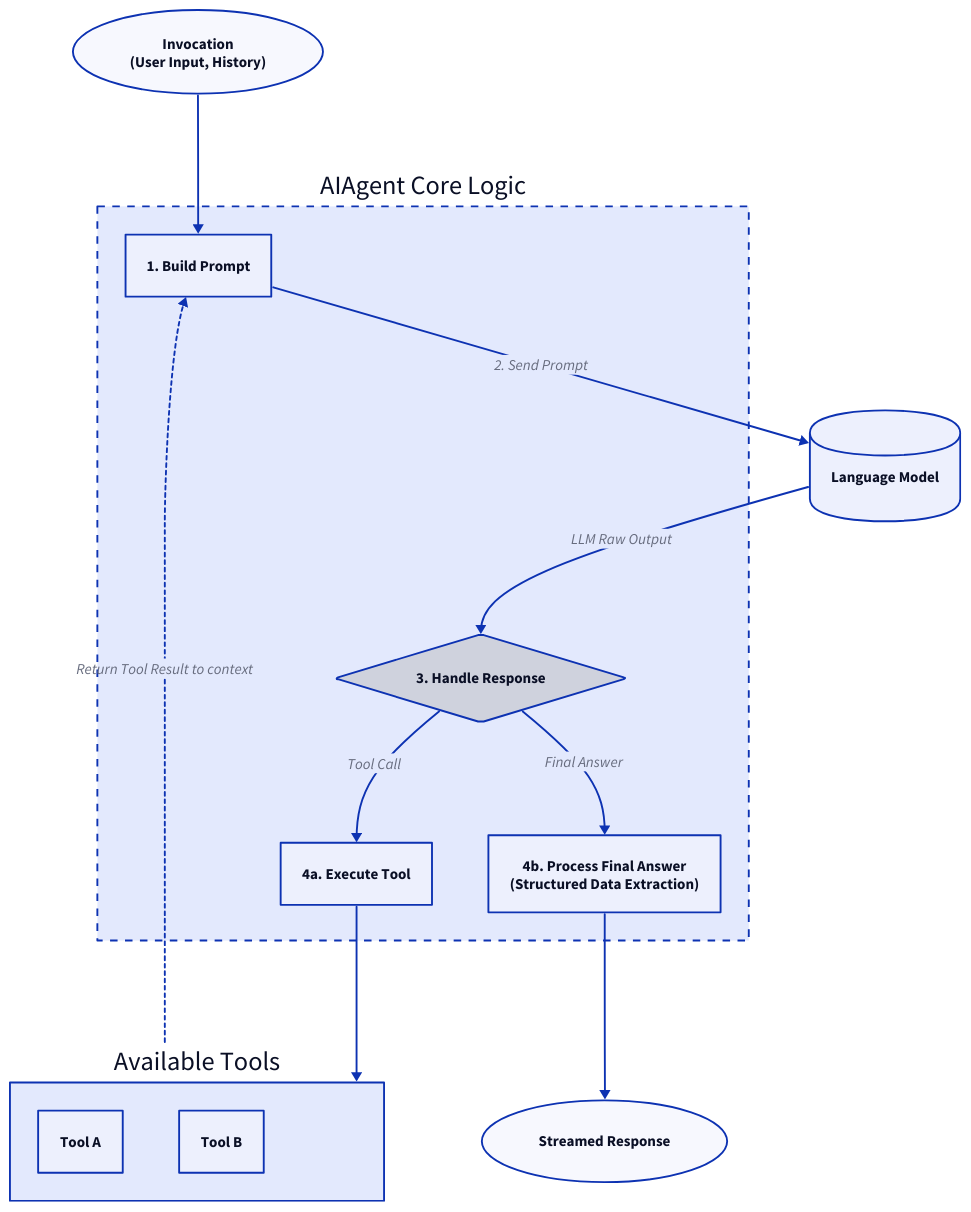
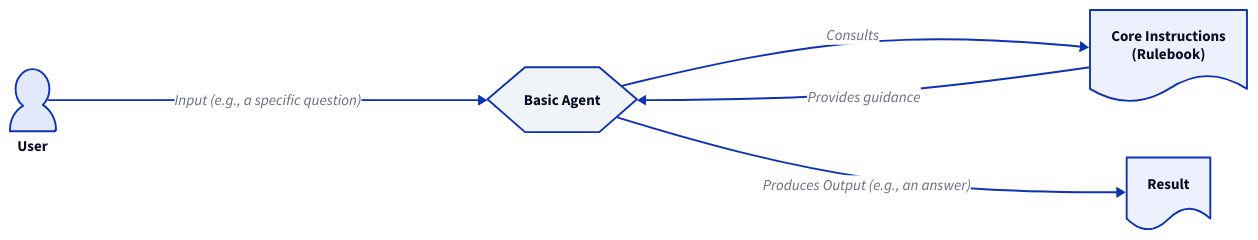
One commit to AIGNE-io/aigne-framework changed the diagram in .aigne/doc-smith/docs/user-guide-understanding-agents-basic-agents.md. Above: the diagram before and after it, drawn with D2. The commit also changed other lines of this file and 191 other files, not shown here.

````diff
--- a/.aigne/doc-smith/docs/user-guide-understanding-agents-basic-agents.md
+++ b/.aigne/doc-smith/docs/user-guide-understanding-agents-basic-agents.md
@@ -1,65 +30,29 @@
-```d2
-direction: down
+```d2 icon=material-symbols:robot-2-outline
+direction: right
 
-Invocation: {
-  label: "Invocation\n(User Input, History)"
-  shape: oval
+User: {
+  label: "User"
+  shape: person
 }
 
-AIAgent: {
-  label: "AIAgent Core Logic"
-  shape: rectangle
-  style: {
-    stroke-width: 2
-    stroke-dash: 4
-  }
-
-  PromptBuilder: {
-    label: "1. Build Prompt"
-    shape: rectangle
-  }
-
-  Response-Handler: {
-    label: "3. Handle Response"
-    shape: diamond
-  }
-
-  Tool-Executor: {
-    label: "4a. Execute Tool"
-    shape: rectangle
-  }
-
-  Output-Processor: {
-    label: "4b. Process Final Answer\n(Structured Data Extraction)"
-    shape: rectangle
-  }
+Agent: {
+  label: "Basic Agent"
+  shape: hexagon
+  style.fill: "#f0f4f8"
 }
 
-Language-Model: {
-  label: "Language Model"
-  shape: cylinder
+Instructions: {
+  label: "Core Instructions\n(Rulebook)"
+  shape: document
 }
 
-Tools: {
-  label: "Available Tools"
-  shape: rectangle
-  Tool-A: "Tool A"
-  Tool-B: "Tool B"
+Output: {
+  label: "Result"
+  shape: document
 }
 
-Final-Response: {
-  label: "Streamed Response"
-  shape: oval
-}
-
-Invocation -> AIAgent.PromptBuilder
-AIAgent.PromptBuilder -> Language-Model: "2. Send Prompt"
-Language-Model -> AIAgent.Response-Handler: "LLM Raw Output"
-AIAgent.Response-Handler -> AIAgent.Tool-Executor: "Tool Call"
-AIAgent.Tool-Executor -> Tools
-Tools -> AIAgent.PromptBuilder: "Return Tool Result to context" {
-  style.stroke-dash: 2
-}
-AIAgent.Response-Handler -> AIAgent.Output-Processor: "Final Answer"
-AIAgent.Output-Processor -> Final-Response
+User -> Agent: "Input (e.g., a specific question)"
+Agent -> Instructions: "Consults"
+Instructions -> Agent: "Provides guidance"
+Agent -> Output: "Produces Output (e.g., an answer)"
 ```
````
